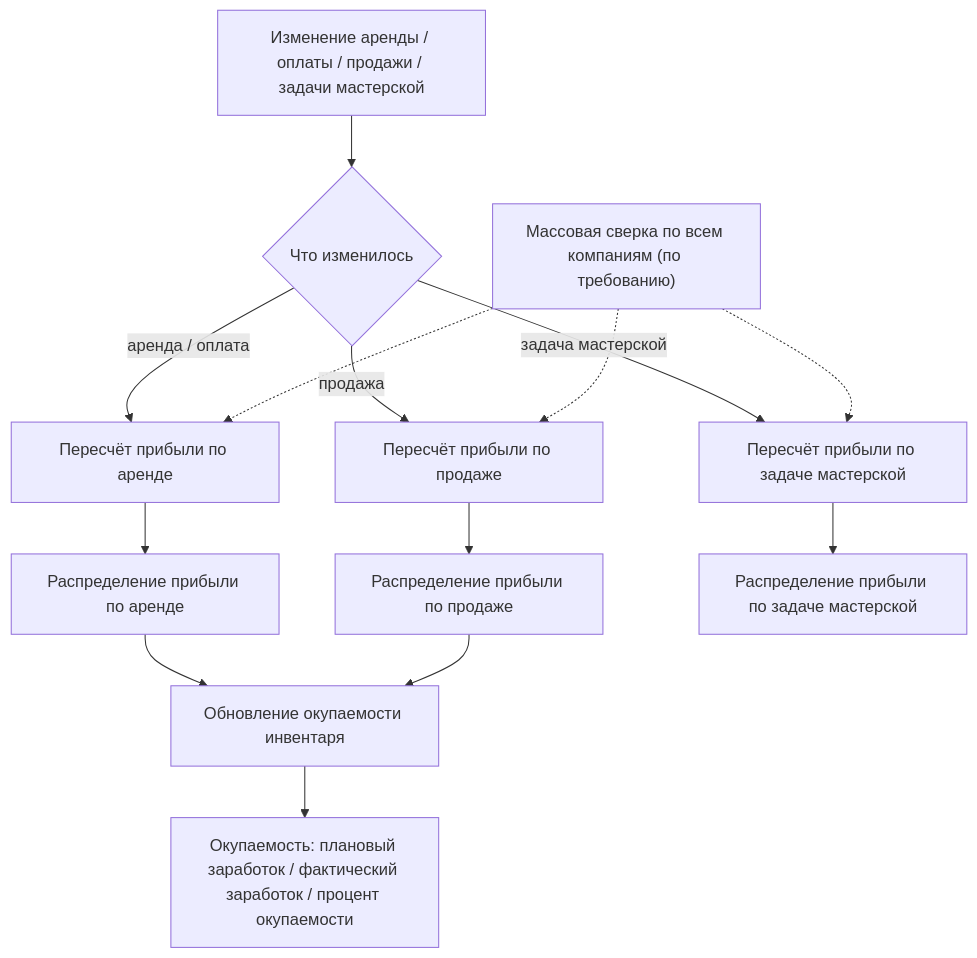
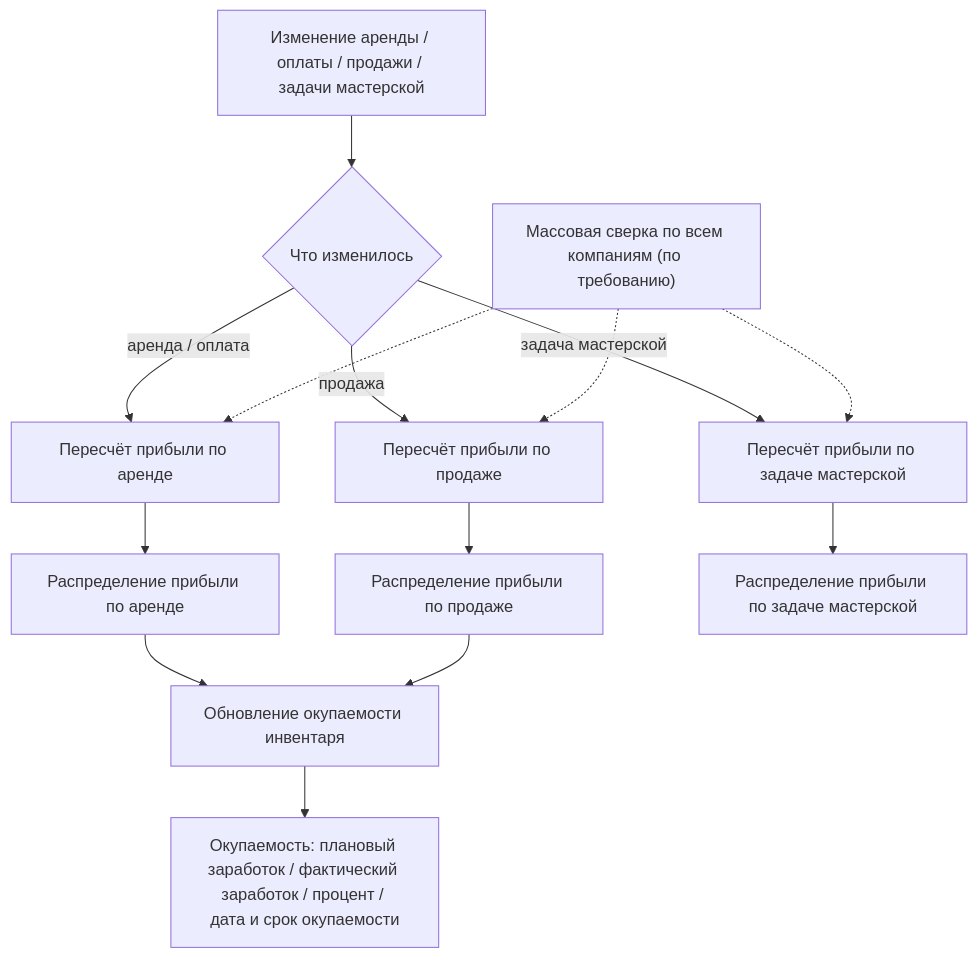
Before and after one commit to yume-cloud/docs: the diagram in ru/logic/profit-payback.mdx, drawn with Mermaid. The commit also changed other lines of this file and 149 other files, not shown here.

````diff
--- a/ru/logic/profit-payback.mdx
+++ b/ru/logic/profit-payback.mdx
@@ -70,16 +71,16 @@
 ```mermaid
 flowchart TD
     A["Изменение аренды / оплаты / продажи / задачи мастерской"] --> B{Что изменилось}
     B -->|"аренда / оплата"| C["Пересчёт прибыли по аренде"]
     B -->|продажа| D["Пересчёт прибыли по продаже"]
     B -->|"задача мастерской"| E["Пересчёт прибыли по задаче мастерской"]
     C --> F["Распределение прибыли по аренде"]
     D --> G["Распределение прибыли по продаже"]
     E --> H["Распределение прибыли по задаче мастерской"]
     F --> I["Обновление окупаемости инвентаря"]
     G --> I
-    I --> J["Окупаемость: плановый заработок / фактический заработок / процент окупаемости"]
+    I --> J["Окупаемость: плановый заработок / фактический заработок / процент / дата и срок окупаемости"]
     K["Массовая сверка по всем компаниям (по требованию)"] -.-> C
     K -.-> D
     K -.-> E
 ```
````
